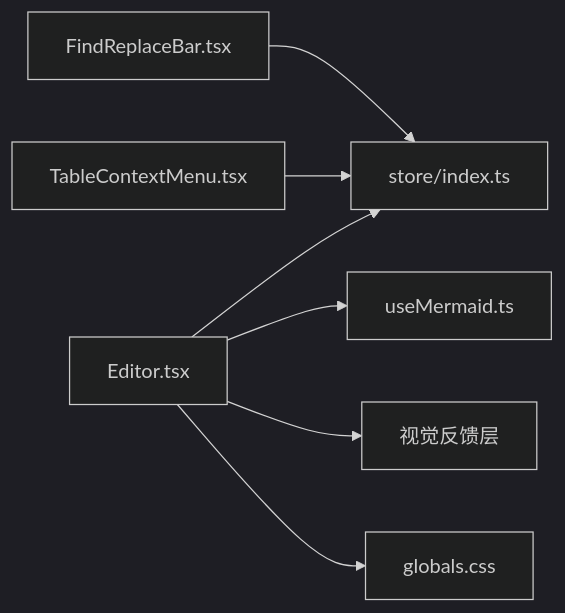
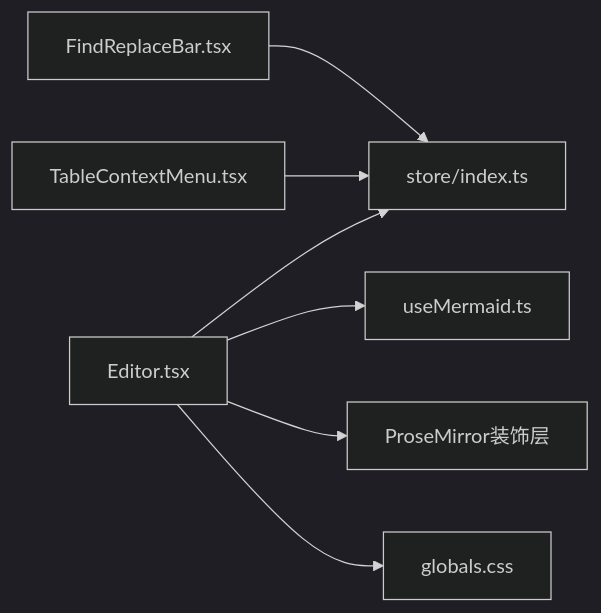
One commit to gongshiyun/ZenNote changed the seventh of 7 diagrams in .qoder/repowiki/zh/content/核心组件/编辑器组件.md. Above: the diagram before and after it, drawn with Mermaid (dark theme). The commit also changed other lines of this file and 14 other files, not shown here.

````diff
--- a/.qoder/repowiki/zh/content/核心组件/编辑器组件.md
+++ b/.qoder/repowiki/zh/content/核心组件/编辑器组件.md
@@ -314,9 +319,9 @@
 ```mermaid
 graph LR
 E["Editor.tsx"] --> S["store/index.ts"]
 E --> M["useMermaid.ts"]
-E --> V["视觉反馈层"]
+E --> V["ProseMirror装饰层"]
 F["FindReplaceBar.tsx"] --> S
 T["TableContextMenu.tsx"] --> S
 E --> C["globals.css"]
 ```
````
